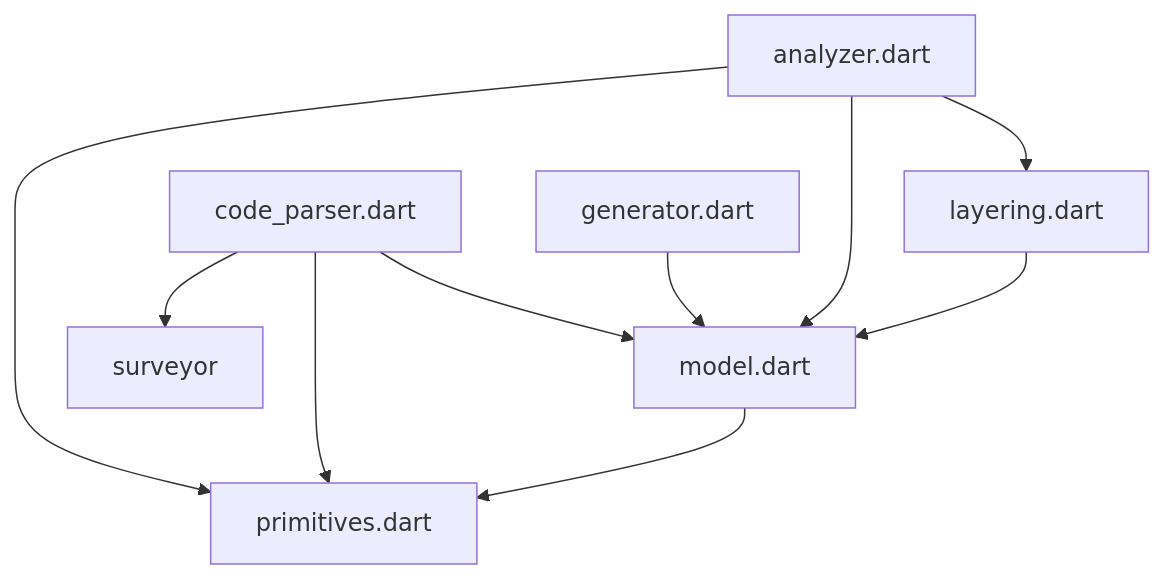
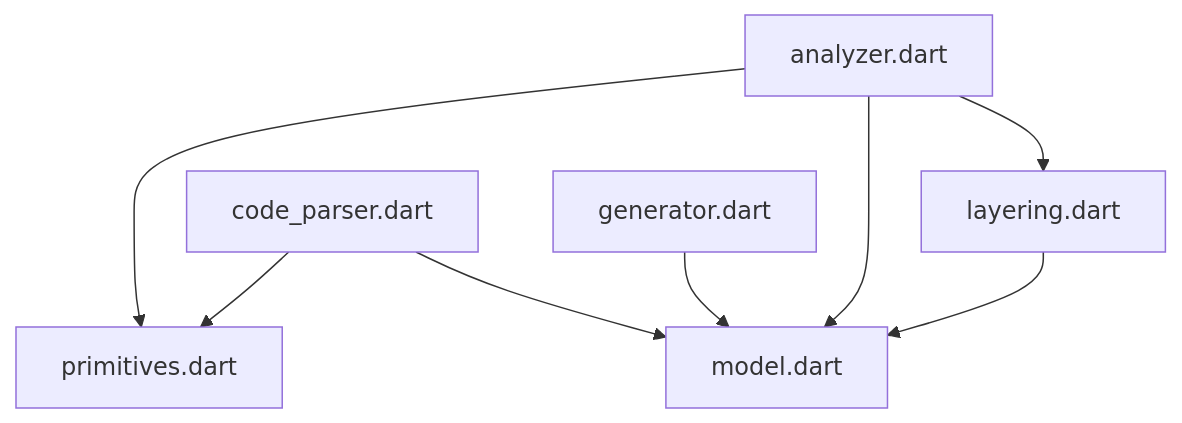
Before and after one commit to polina-c/layerlens: the diagram in lib/src/DEPENDENCIES.md, drawn with Mermaid.

````diff
--- a/lib/src/DEPENDENCIES.md
+++ b/lib/src/DEPENDENCIES.md
@@ -5,12 +5,10 @@
 ```mermaid
 flowchart TD;
 analyzer.dart-->layering.dart;
 analyzer.dart-->model.dart;
 analyzer.dart-->primitives.dart;
 code_parser.dart-->model.dart;
 code_parser.dart-->primitives.dart;
-code_parser.dart-->surveyor;
 generator.dart-->model.dart;
 layering.dart-->model.dart;
-model.dart-->primitives.dart;
 ```
````
